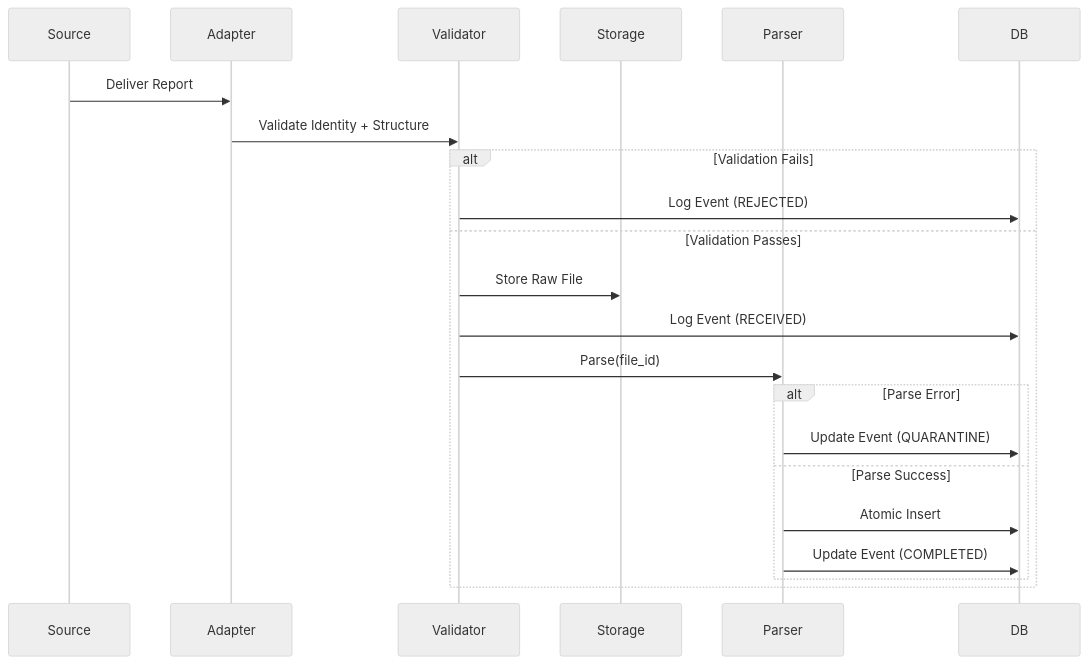
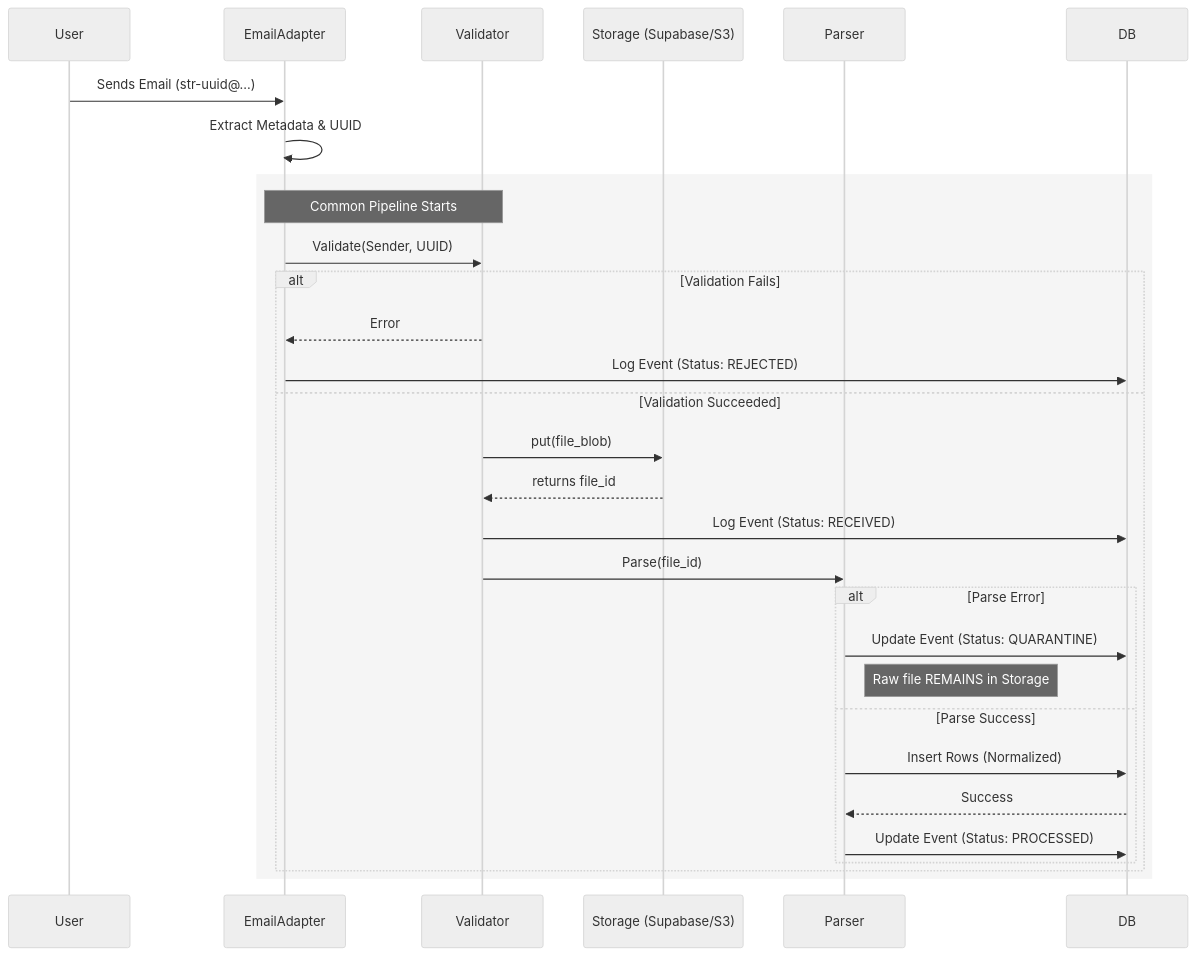
The first of 2 diagrams in EMAIL_INGESTION_PRD.md (zenarisetrading-jpg/webpage), drawn with Mermaid (neutral theme) before and after one commit. The commit also changed other lines of this file, not shown here.

First line of the commit message:
docs: Update Email Ingestion PRD to v1.2 with Migration Strategy

````diff
--- a/EMAIL_INGESTION_PRD.md
+++ b/EMAIL_INGESTION_PRD.md
@@ -94,27 +90,36 @@
 ```mermaid
 sequenceDiagram
-    participant Source
-    participant Adapter
+    participant User
+    participant EmailAdapter
     participant Validator
-    participant Storage
+    participant RawStore as Storage (Supabase/S3)
     participant Parser
     participant DB
 
-    Source->>Adapter: Deliver Report
-    Adapter->>Validator: Validate Identity + Structure
-
+    User->>EmailAdapter: Sends Email (str-uuid@...)
+    EmailAdapter->>EmailAdapter: Extract Metadata & UUID
+    
+    rect rgb(245, 245, 245)
+    Note over EmailAdapter, Validator: Common Pipeline Starts
+    EmailAdapter->>Validator: Validate(Sender, UUID)
+    
     alt Validation Fails
-        Validator->>DB: Log Event (REJECTED)
-    else Validation Passes
-        Validator->>Storage: Store Raw File
-        Validator->>DB: Log Event (RECEIVED)
+        Validator-->>EmailAdapter: Error
+        EmailAdapter->>DB: Log Event (Status: REJECTED)
+    else Validation Succeeded
+        Validator->>RawStore: put(file_blob)
+        RawStore-->>Validator: returns file_id
+        Validator->>DB: Log Event (Status: RECEIVED)
         Validator->>Parser: Parse(file_id)
-
+        
         alt Parse Error
-            Parser->>DB: Update Event (QUARANTINE)
+            Parser->>DB: Update Event (Status: QUARANTINE)
+            Note right of Parser: Raw file REMAINS in Storage
         else Parse Success
-            Parser->>DB: Atomic Insert
-            Parser->>DB: Update Event (COMPLETED)
+            Parser->>DB: Insert Rows (Normalized)
+            DB-->>Parser: Success
+            Parser->>DB: Update Event (Status: PROCESSED)
         end
     end
+    end
 ```
````
